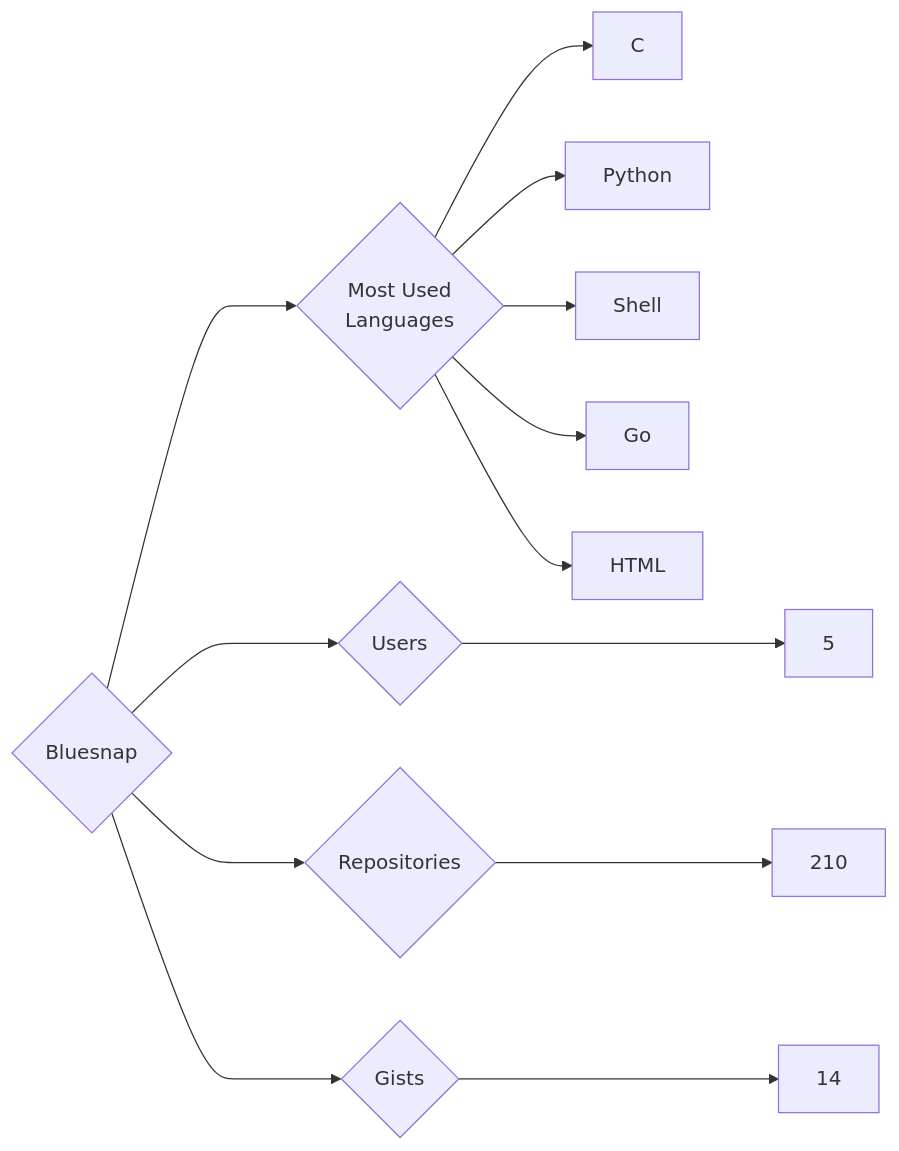
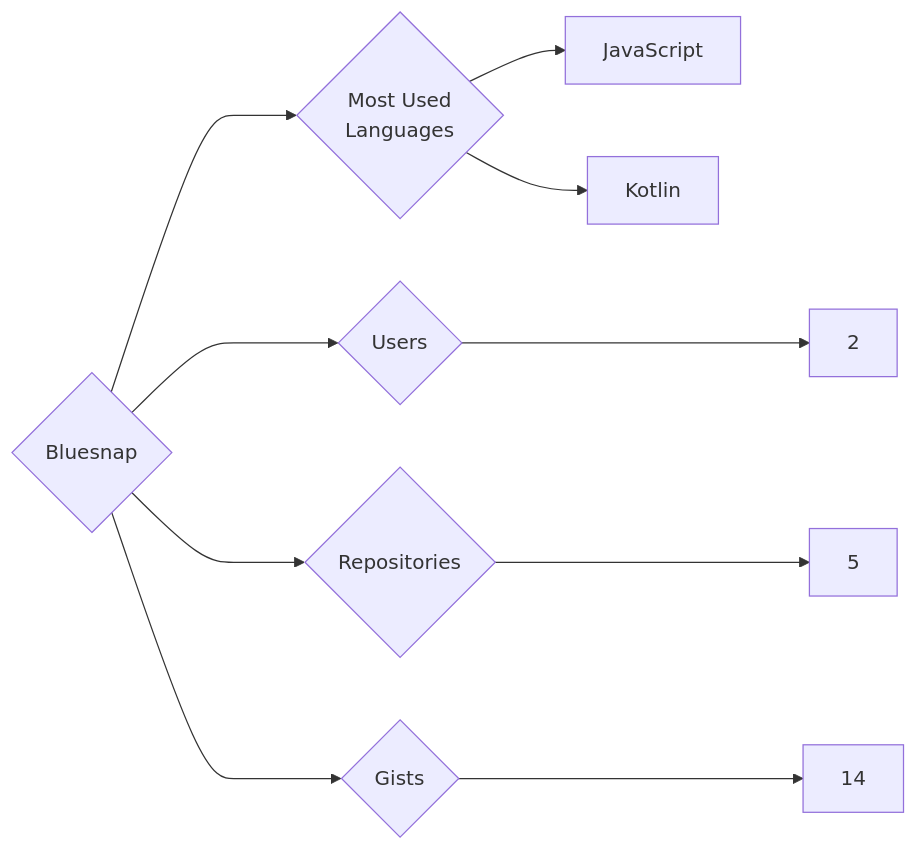
One commit to trickest/insiders changed the diagram in targets/Bluesnap/README.md. Above: the diagram before and after it, drawn with Mermaid. The commit also changed 891 other files, not shown here.

````diff
--- a/targets/Bluesnap/README.md
+++ b/targets/Bluesnap/README.md
@@ -3,13 +3,10 @@
 ```mermaid
 graph LR
 COMPANY_NAME{Bluesnap}
-COMPANY_NAME ---> U{Users} ---> UN[5]
-COMPANY_NAME ---> R{Repositories} ---> RN[210]
+COMPANY_NAME ---> U{Users} ---> UN[2]
+COMPANY_NAME ---> R{Repositories} ---> RN[5]
 COMPANY_NAME ---> G{Gists} ---> GN[14]
 COMPANY_NAME ---> ML{Most Used<br>Languages}
-ML --> C[C]
-ML --> Python[Python]
-ML --> Shell[Shell]
-ML --> Go[Go]
-ML --> HTML[HTML]
+ML --> JavaScript[JavaScript]
+ML --> Kotlin[Kotlin]
 ```
````
